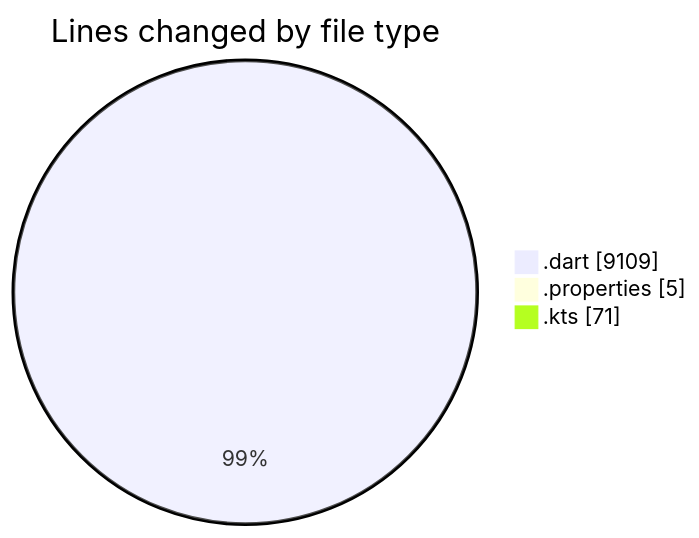
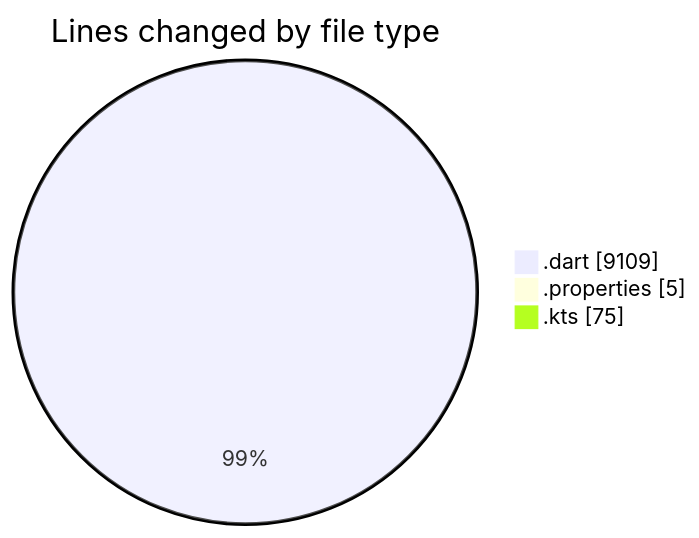
One commit to lephambinh05/code-tracking changed the first of 2 diagrams in 2025-08-25/studybuddy/README.md. Above: the diagram before and after it, drawn with Mermaid. The commit also changed other lines of this file and 1 other file, not shown here.

````diff
--- a/2025-08-25/studybuddy/README.md
+++ b/2025-08-25/studybuddy/README.md
@@ -46,7 +46,7 @@
 ```mermaid
 pie showData
 title Lines changed by file type
 ".dart" : 9109
 ".properties" : 5
-".kts" : 71
+".kts" : 75
 ```
````
